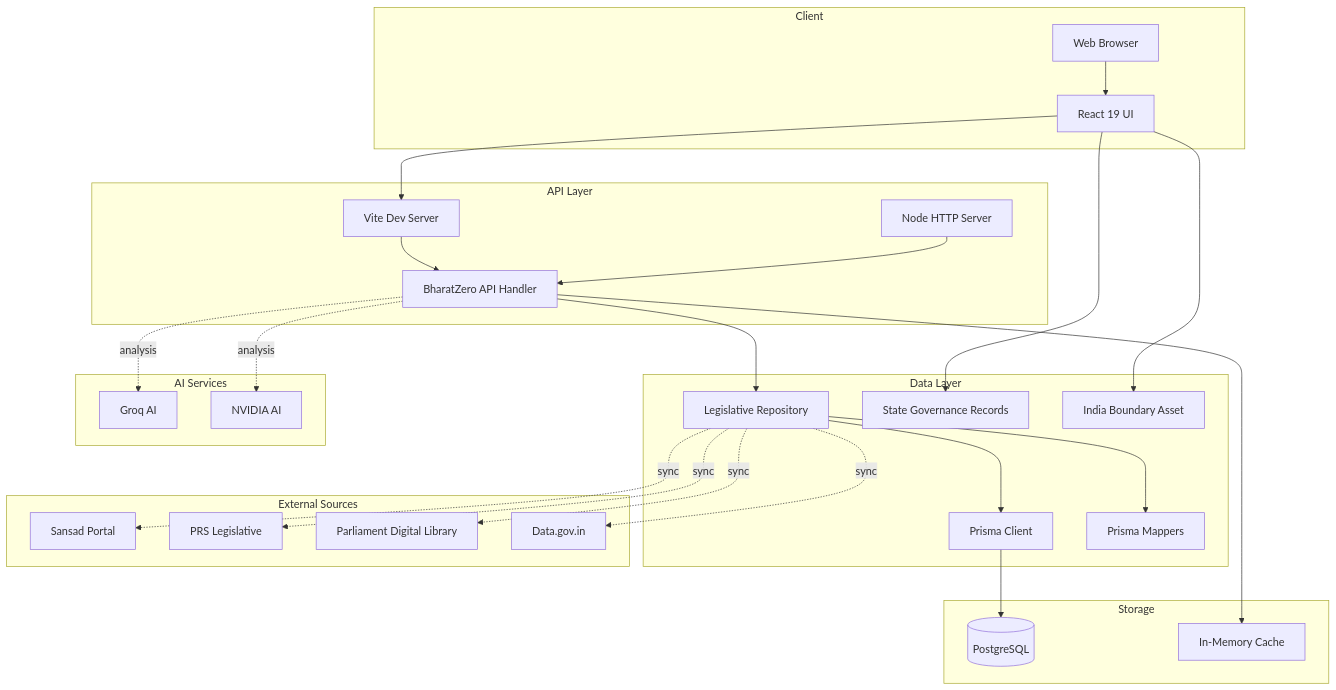
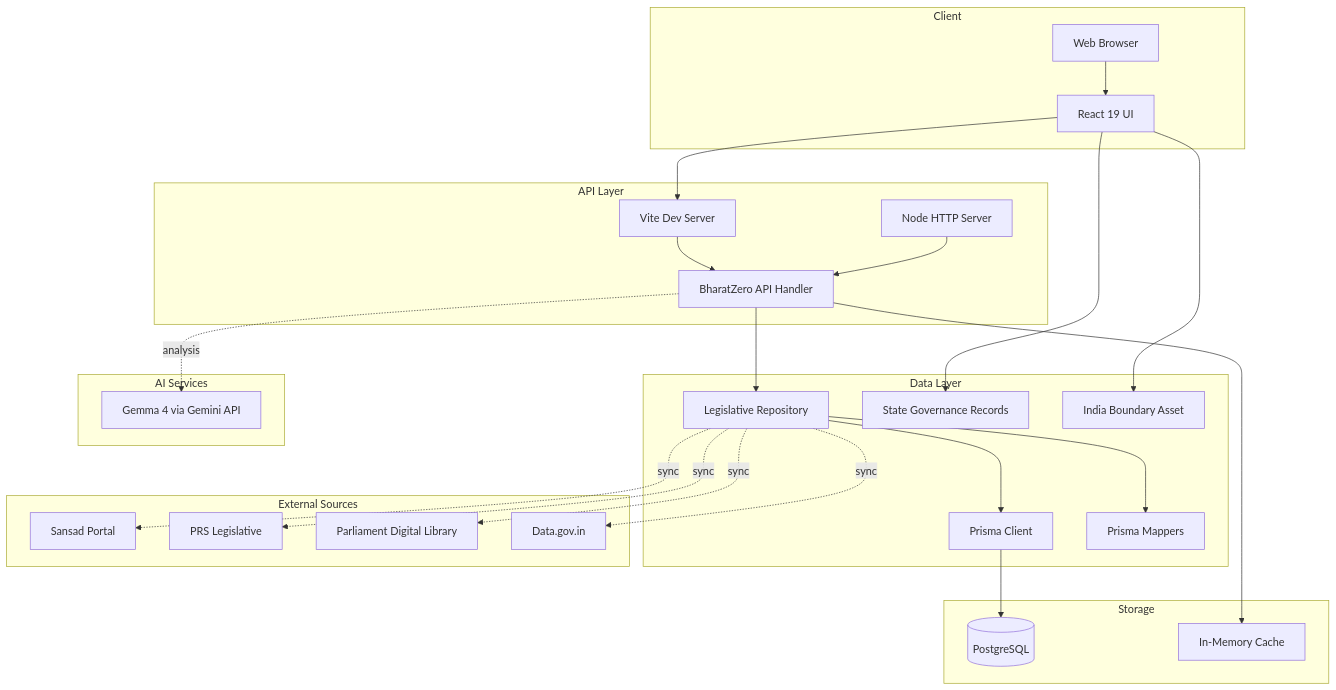
One commit to prasiddhnaik/Bharat0 changed the first of 6 diagrams in docs/ARCHITECTURE.md. Above: the diagram before and after it, drawn with Mermaid. The commit also changed other lines of this file and 8 other files, not shown here.

````diff
--- a/docs/ARCHITECTURE.md
+++ b/docs/ARCHITECTURE.md
@@ -17,56 +17,54 @@
 ```mermaid
 graph TB
     subgraph "Client"
         Browser[Web Browser]
         React[React 19 UI]
     end
 
     subgraph "API Layer"
         ViteDev[Vite Dev Server]
         NodeServer[Node HTTP Server]
         APIHandler[BharatZero API Handler]
     end
 
     subgraph "Data Layer"
         Repository[Legislative Repository]
         Prisma[Prisma Client]
         Mappers[Prisma Mappers]
         StateGov[State Governance Records]
         IndiaMap[India Boundary Asset]
     end
 
     subgraph "Storage"
         Postgres[(PostgreSQL)]
         Cache[In-Memory Cache]
     end
 
     subgraph "External Sources"
         Sansad[Sansad Portal]
         PRS[PRS Legislative]
         PDL[Parliament Digital Library]
         DataGov[Data.gov.in]
     end
 
     subgraph "AI Services"
-        Groq[Groq AI]
-        NVIDIA[NVIDIA AI]
+        Gemma[Gemma 4 via Gemini API]
     end
 
     Browser --> React
     React --> ViteDev
     React --> StateGov
     React --> IndiaMap
     ViteDev --> APIHandler
     NodeServer --> APIHandler
     APIHandler --> Repository
     Repository --> Prisma
     Repository --> Mappers
     Prisma --> Postgres
     APIHandler --> Cache
     Repository -.sync.-> Sansad
     Repository -.sync.-> PRS
     Repository -.sync.-> PDL
     Repository -.sync.-> DataGov
-    APIHandler -.analysis.-> Groq
-    APIHandler -.analysis.-> NVIDIA
+    APIHandler -.analysis.-> Gemma
 ```
````
